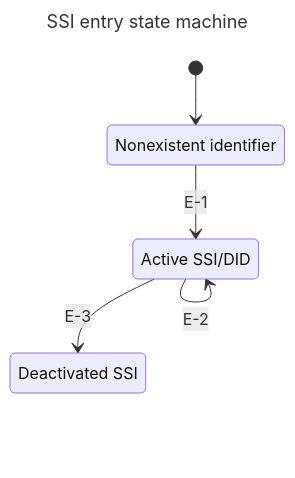
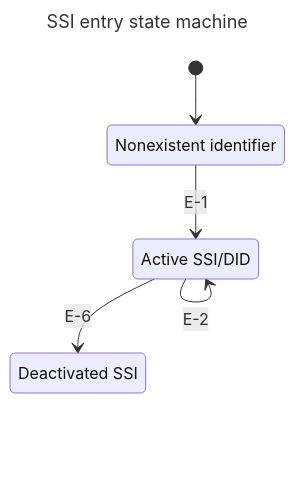
One commit to hyperledger-identus/prism-vdr-driver changed the first of 9 diagrams in prism-vdr-specification.md. Above: the diagram before and after it, drawn with Mermaid.

````diff
--- a/prism-vdr-specification.md
+++ b/prism-vdr-specification.md
@@ -93,13 +93,13 @@
 ```mermaid
 ---
 title: SSI entry state machine
 ---
 stateDiagram-v2
     Nonexistent: Nonexistent identifier
     Active: Active SSI/DID
     Deactivated: Deactivated SSI
     [*] --> Nonexistent
     Nonexistent --> Active: E-1
     Active --> Active: E-2
-    Active --> Deactivated: E-3
+    Active --> Deactivated: E-6
 ```
````
